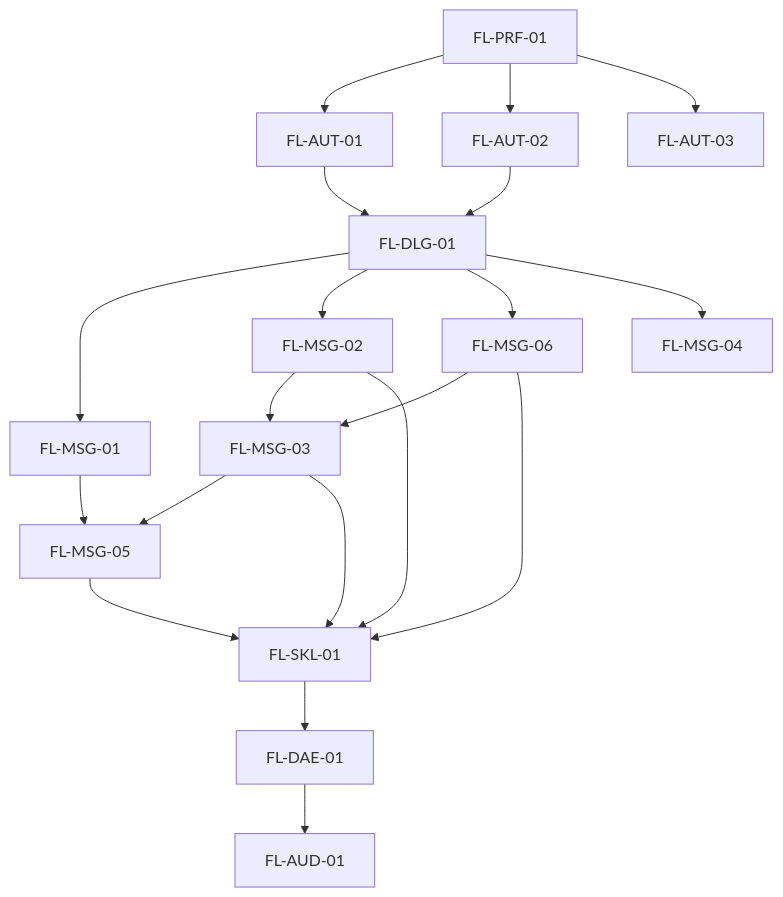
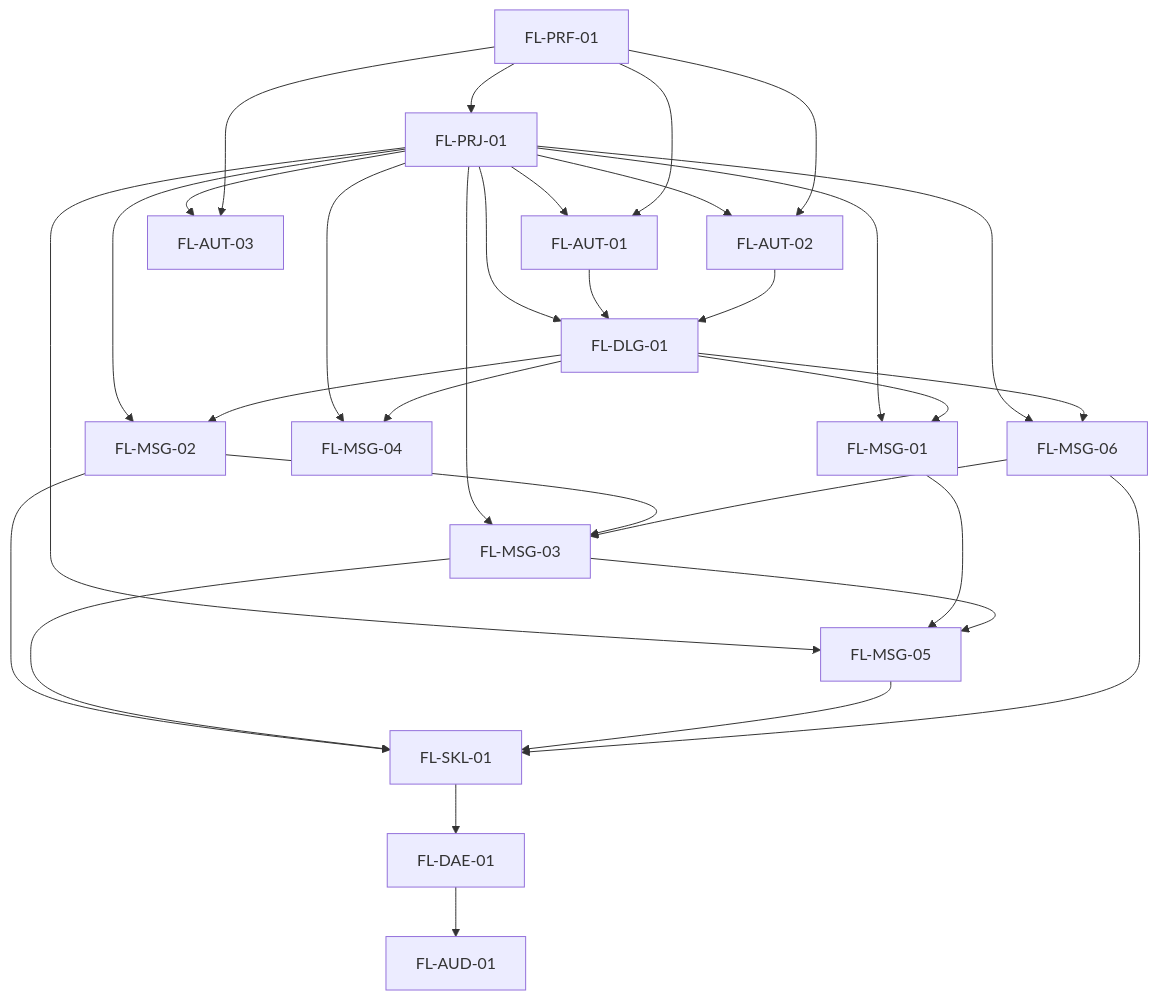
The diagram in .docs/wiki/03_FL.md (fgpaz/mi-telegram-cli), drawn with Mermaid before and after one commit. The commit also changed other lines of this file and 27 other files, not shown here.

````diff
--- a/.docs/wiki/03_FL.md
+++ b/.docs/wiki/03_FL.md
@@ -34,37 +35,49 @@
 ```mermaid
 flowchart TD
     PRF[FL-PRF-01]
+    PRJ[FL-PRJ-01]
     AUT1[FL-AUT-01]
     AUT2[FL-AUT-02]
     AUT3[FL-AUT-03]
     DLG[FL-DLG-01]
     MSG1[FL-MSG-01]
     MSG2[FL-MSG-02]
     MSG3[FL-MSG-03]
     MSG4[FL-MSG-04]
     MSG5[FL-MSG-05]
     MSG6[FL-MSG-06]
     SKL[FL-SKL-01]
     DAE[FL-DAE-01]
     AUD[FL-AUD-01]
 
+    PRF --> PRJ
+    PRJ --> AUT1
+    PRJ --> AUT2
+    PRJ --> AUT3
+    PRJ --> DLG
+    PRJ --> MSG1
+    PRJ --> MSG2
+    PRJ --> MSG3
+    PRJ --> MSG4
+    PRJ --> MSG5
+    PRJ --> MSG6
     PRF --> AUT1
     PRF --> AUT2
     PRF --> AUT3
     AUT1 --> DLG
     AUT2 --> DLG
     DLG --> MSG1
     DLG --> MSG2
     DLG --> MSG6
     MSG2 --> MSG3
     MSG6 --> MSG3
     MSG1 --> MSG5
     MSG3 --> MSG5
     DLG --> MSG4
     MSG2 --> SKL
     MSG3 --> SKL
     MSG5 --> SKL
     MSG6 --> SKL
     SKL --> DAE
     DAE --> AUD
 ```
````
